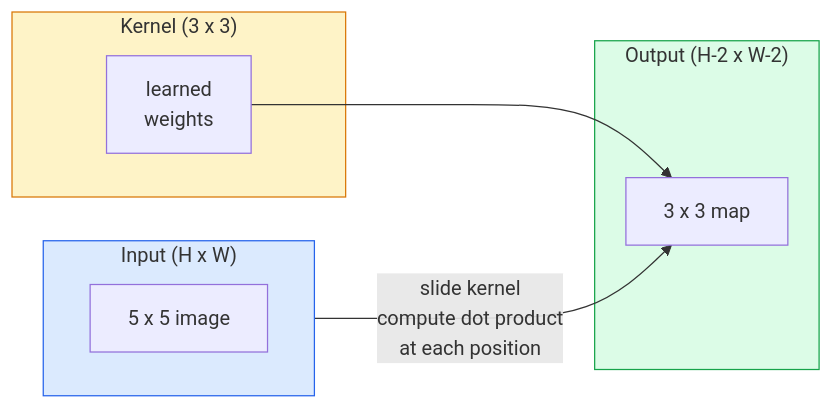
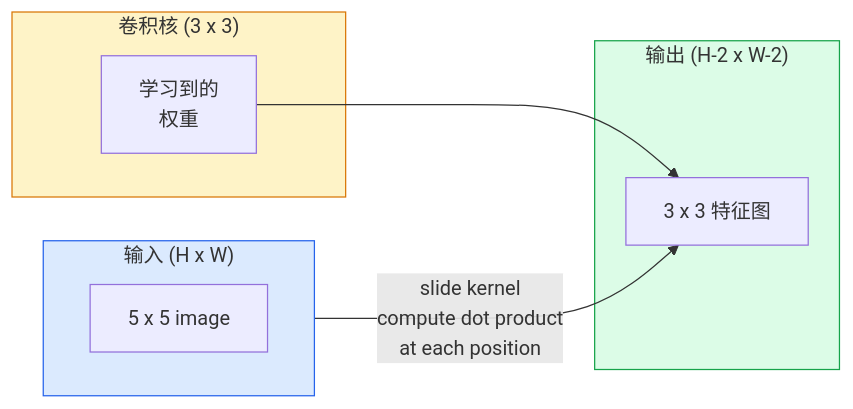
Before and after one commit to omigaZen/ai-engineering-from-scratch: the first of 2 diagrams in phases/04-computer-vision/02-convolutions-from-scratch/docs/zh.md, drawn with Mermaid. The commit also changed other lines of this file, not shown here.

````diff
--- a/phases/04-computer-vision/02-convolutions-from-scratch/docs/zh.md
+++ b/phases/04-computer-vision/02-convolutions-from-scratch/docs/zh.md
@@ -31,19 +31,19 @@
 ```mermaid
 flowchart LR
-    subgraph IN["Input (H x W)"]
+    subgraph IN["输入 (H x W)"]
         direction LR
         I1["5 x 5 image"]
     end
-    subgraph K["Kernel (3 x 3)"]
-        K1["learned<br/>weights"]
+    subgraph K["卷积核 (3 x 3)"]
+        K1["学习到的<br/>权重"]
     end
-    subgraph OUT["Output (H-2 x W-2)"]
-        O1["3 x 3 map"]
+    subgraph OUT["输出 (H-2 x W-2)"]
+        O1["3 x 3 特征图"]
     end
     I1 --> |"slide kernel<br/>compute dot product<br/>at each position"| O1
     K1 --> O1
 
     style IN fill:#dbeafe,stroke:#2563eb
     style K fill:#fef3c7,stroke:#d97706
     style OUT fill:#dcfce7,stroke:#16a34a
 ```
````
